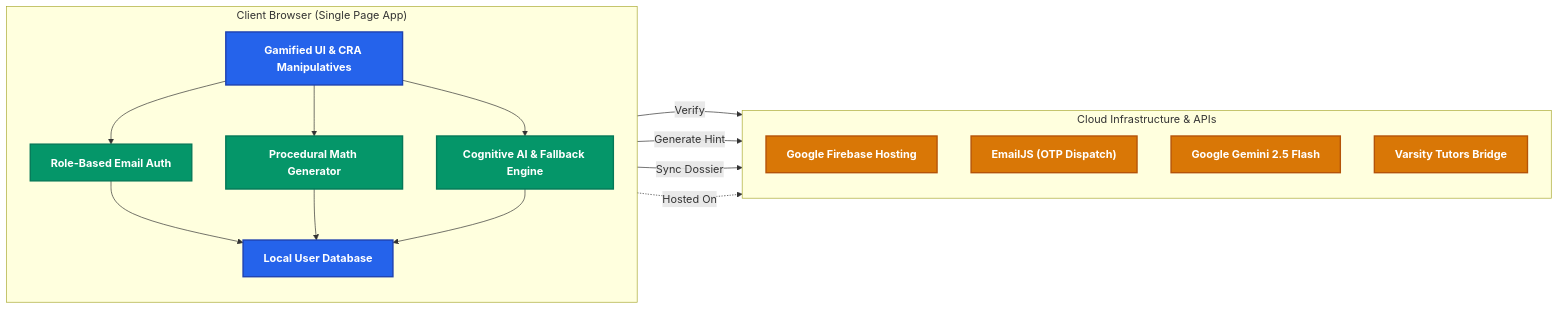
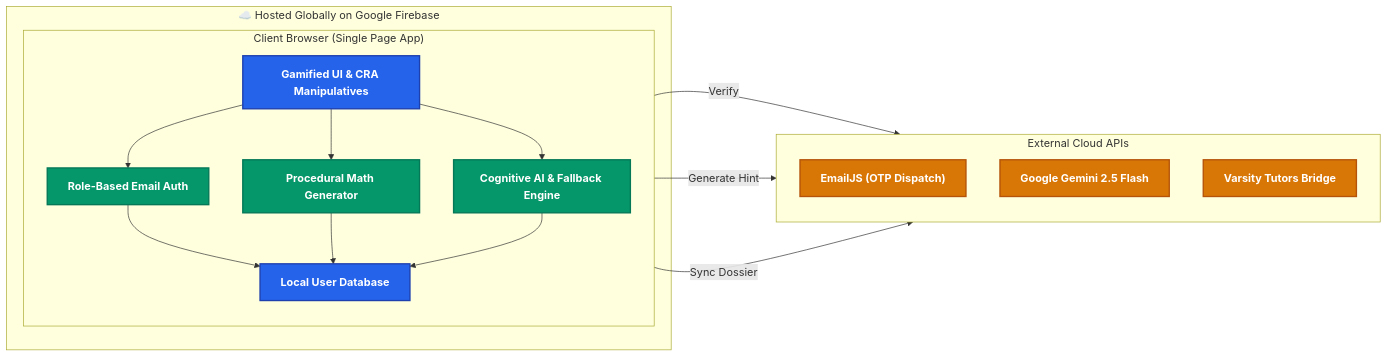
One commit to SKannaian/nerdy-arithmetic-ai changed the first of 8 diagrams in ARCHITECTURE.md. Above: the diagram before and after it, drawn with Mermaid.

Commit message:
Wrap Client in Firebase subgraph to emphasize hosting hierarchy

````diff
--- a/ARCHITECTURE.md
+++ b/ARCHITECTURE.md
@@ -27,37 +27,37 @@
 ```mermaid
 graph LR
     %% Styling - High Contrast for Presentations
     classDef primary fill:#2563eb,stroke:#1e40af,stroke-width:2px,color:#ffffff,font-weight:bold;
     classDef logic fill:#059669,stroke:#047857,stroke-width:2px,color:#ffffff,font-weight:bold;
     classDef cloud fill:#d97706,stroke:#b45309,stroke-width:2px,color:#ffffff,font-weight:bold;
 
-    subgraph Client ["Client Browser (Single Page App)"]
-        direction TB
-        UI["Gamified UI & CRA Manipulatives"]:::primary
-        Auth["Role-Based Email Auth"]:::logic
-        Gen["Procedural Math Generator"]:::logic
-        AI["Cognitive AI & Fallback Engine"]:::logic
-        DB["Local User Database"]:::primary
-        
-        UI --> Auth
-        UI --> Gen
-        UI --> AI
-        Auth --> DB
-        Gen --> DB
-        AI --> DB
+    subgraph Firebase ["☁️ Hosted Globally on Google Firebase"]
+        subgraph Client ["Client Browser (Single Page App)"]
+            direction TB
+            UI["Gamified UI & CRA Manipulatives"]:::primary
+            Auth["Role-Based Email Auth"]:::logic
+            Gen["Procedural Math Generator"]:::logic
+            AI["Cognitive AI & Fallback Engine"]:::logic
+            DB["Local User Database"]:::primary
+            
+            UI --> Auth
+            UI --> Gen
+            UI --> AI
+            Auth --> DB
+            Gen --> DB
+            AI --> DB
+        end
     end
 
-    subgraph External ["Cloud Infrastructure & APIs"]
+    subgraph External ["External Cloud APIs"]
         direction TB
-        Firebase["Google Firebase Hosting"]:::cloud
         Email["EmailJS (OTP Dispatch)"]:::cloud
         Gemini["Google Gemini 2.5 Flash"]:::cloud
         Varsity["Varsity Tutors Bridge"]:::cloud
     end
 
     %% Cross-boundary connections
-    Client -. "Hosted On" .-> Firebase
     Auth -- "Verify" --> Email
     AI -- "Generate Hint" --> Gemini
     DB -- "Sync Dossier" --> Varsity
 ```
````
